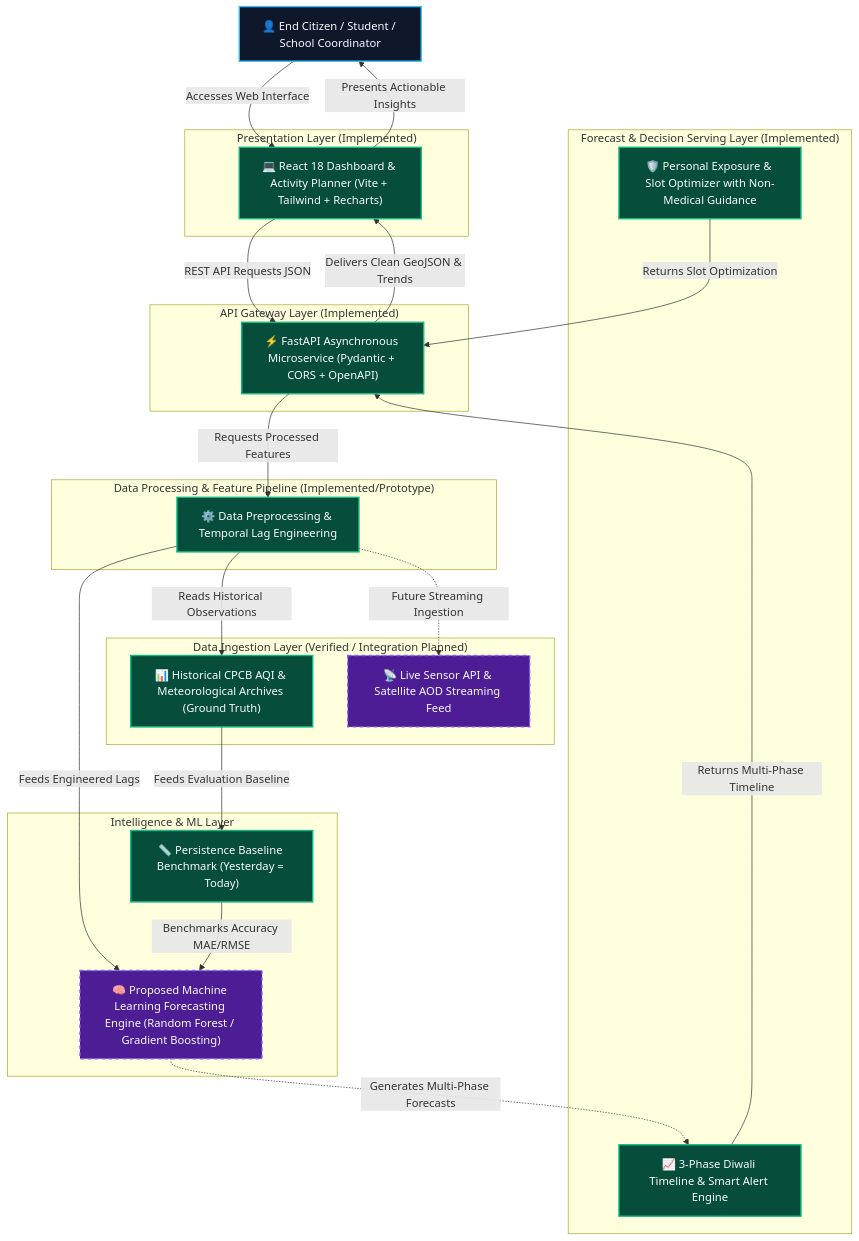
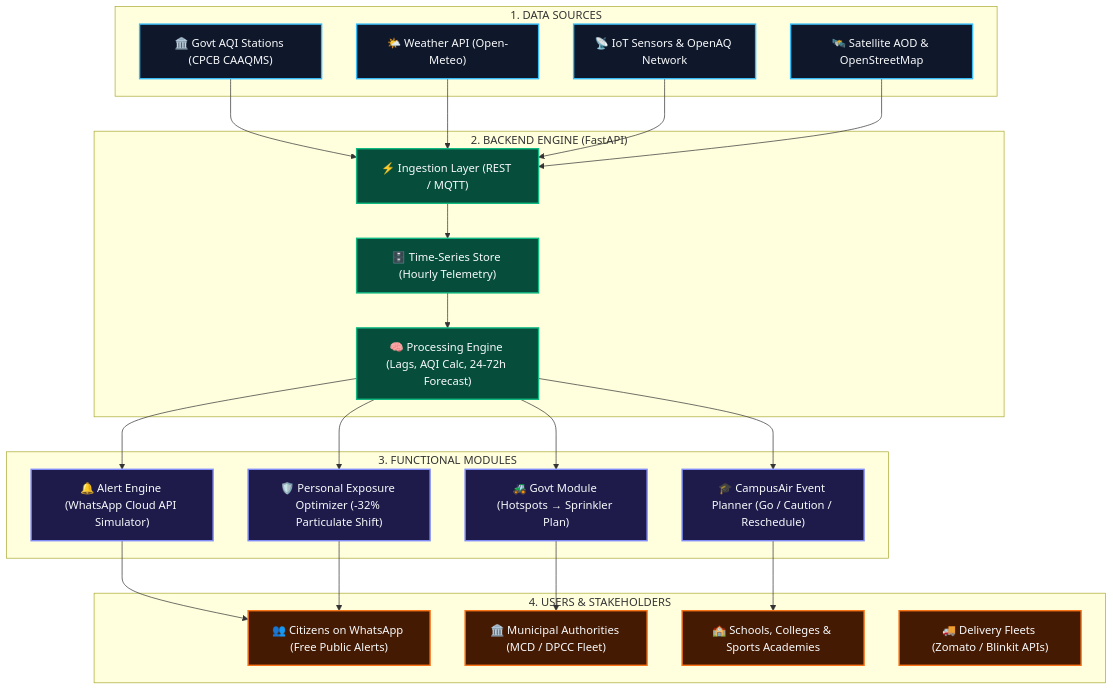
Before and after one commit to RishikaJindal23/VayuVision: the first of 2 diagrams in docs/architecture.md, drawn with Mermaid. The commit also changed other lines of this file and 19 other files, not shown here.

Commit message:
feat: VayuVision AI Round 2 MVP - 27 Delhi NCR Localities, Real Leaflet & Satellite Maps, Early Warning WhatsApp Simulator, Action Planners, and Pitch Deck

````diff
--- a/docs/architecture.md
+++ b/docs/architecture.md
@@ -5,50 +12,55 @@
 ```mermaid
 flowchart TD
-    classDef implemented fill:#064e3b,stroke:#10b981,stroke-width:2px,color:#f8fafc;
-    classDef planned fill:#4c1d95,stroke:#8b5cf6,stroke-width:2px,stroke-dasharray: 5 5,color:#f8fafc;
-    classDef userLayer fill:#0f172a,stroke:#38bdf8,stroke-width:2px,color:#f8fafc;
+    classDef dataSource fill:#0f172a,stroke:#38bdf8,stroke-width:2px,color:#f8fafc;
+    classDef backendEngine fill:#064e3b,stroke:#10b981,stroke-width:2px,color:#f8fafc;
+    classDef modules fill:#1e1b4b,stroke:#818cf8,stroke-width:2px,color:#f8fafc;
+    classDef userLayer fill:#451a03,stroke:#f97316,stroke-width:2px,color:#f8fafc;
 
-    User["👤 End Citizen / Student / School Coordinator"]:::userLayer
-
-    subgraph PresentationLayer["Presentation Layer (Implemented)"]
-        ReactDash["💻 React 18 Dashboard & Activity Planner (Vite + Tailwind + Recharts)"]:::implemented
+    subgraph DataSources["1. DATA SOURCES"]
+        GovtStations["🏛️ Govt AQI Stations (CPCB CAAQMS)"]:::dataSource
+        WeatherAPI["🌤️ Weather API (Open-Meteo)"]:::dataSource
+        IoTSensors["📡 IoT Sensors & OpenAQ Network"]:::dataSource
+        SatData["🛰️ Satellite AOD & OpenStreetMap"]:::dataSource
     end
 
-    subgraph ServiceLayer["API Gateway Layer (Implemented)"]
-        FastAPIApp["⚡ FastAPI Asynchronous Microservice (Pydantic + CORS + OpenAPI)"]:::implemented
+    subgraph Backend["2. BACKEND ENGINE (FastAPI)"]
+        Ingestion["⚡ Ingestion Layer (REST / MQTT)"]:::backendEngine
+        TimeSeriesDB["🗄️ Time-Series Store (Hourly Telemetry)"]:::backendEngine
+        ProcessingEngine["🧠 Processing Engine (Lags, AQI Calc, 24-72h Forecast)"]:::backendEngine
     end
 
-    subgraph PipelineLayer["Data Processing & Feature Pipeline (Implemented/Prototype)"]
-        DataProc["⚙️ Data Preprocessing & Temporal Lag Engineering"]:::implemented
+    subgraph Modules["3. FUNCTIONAL MODULES"]
+        AlertEngine["🔔 Alert Engine (WhatsApp Cloud API Simulator)"]:::modules
+        GovtModule["🚜 Govt Module (Hotspots → Sprinkler Plan)"]:::modules
+        CampusPlanner["🎓 CampusAir Event Planner (Go / Caution / Reschedule)"]:::modules
+        ExposurePlanner["🛡️ Personal Exposure Optimizer (-32% Particulate Shift)"]:::modules
     end
 
-    subgraph DataStorageLayer["Data Ingestion Layer (Verified / Integration Planned)"]
-        HistoricalData["📊 Historical CPCB AQI & Meteorological Archives (Ground Truth)"]:::implemented
-        LiveSensorFeed["📡 Live Sensor API & Satellite AOD Streaming Feed"]:::planned
+    subgraph Stakeholders["4. USERS & STAKEHOLDERS"]
+        Citizens["👥 Citizens on WhatsApp (Free Public Alerts)"]:::userLayer
+        GovtUsers["🏛️ Municipal Authorities (MCD / DPCC Fleet)"]:::userLayer
+        Institutions["🏫 Schools, Colleges & Sports Academies"]:::userLayer
+        LogisticsFleets["🚚 Delivery Fleets (Zomato / Blinkit APIs)"]:::userLayer
     end
 
-    subgraph IntelligenceLayer["Intelligence & ML Layer"]
-        ScikitLearnModel["🧠 Proposed Machine Learning Forecasting Engine (Random Forest / Gradient Boosting)"]:::planned
-        BaselinePersistence["📏 Persistence Baseline Benchmark (Yesterday = Today)"]:::implemented
-    end
+    %% Data Ingestion Connections
+    GovtStations --> Ingestion
+    WeatherAPI --> Ingestion
+    IoTSensors --> Ingestion
+    SatData --> Ingestion
 
-    subgraph ServingLayer["Forecast & Decision Serving Layer (Implemented)"]
-        AQIForecastEngine["📈 3-Phase Diwali Timeline & Smart Alert Engine"]:::implemented
-        ExposureEvaluator["🛡️ Personal Exposure & Slot Optimizer with Non-Medical Guidance"]:::implemented
-    end
+    Ingestion --> TimeSeriesDB
+    TimeSeriesDB --> ProcessingEngine
 
-    %% Flow Connections
-    User -->|Accesses Web Interface| ReactDash
-    ReactDash -->|REST API Requests JSON| FastAPIApp
-    FastAPIApp -->|Requests Processed Features| DataProc
-    DataProc -->|Reads Historical Observations| HistoricalData
-    DataProc -.->|Future Streaming Ingestion| LiveSensorFeed
-    DataProc -->|Feeds Engineered Lags| ScikitLearnModel
-    HistoricalData -->|Feeds Evaluation Baseline| BaselinePersistence
-    ScikitLearnModel -.->|Generates Multi-Phase Forecasts| AQIForecastEngine
-    BaselinePersistence -->|Benchmarks Accuracy MAE/RMSE| ScikitLearnModel
-    AQIForecastEngine -->|Returns Multi-Phase Timeline| FastAPIApp
-    ExposureEvaluator -->|Returns Slot Optimization| FastAPIApp
-    FastAPIApp -->|Delivers Clean GeoJSON & Trends| ReactDash
-    ReactDash -->|Presents Actionable Insights| User
+    %% Module Dispatch Connections
+    ProcessingEngine --> AlertEngine
+    ProcessingEngine --> GovtModule
+    ProcessingEngine --> CampusPlanner
+    ProcessingEngine --> ExposurePlanner
+
+    %% User Facing Connections
+    AlertEngine --> Citizens
+    GovtModule --> GovtUsers
+    CampusPlanner --> Institutions
+    ExposurePlanner --> Citizens
 ```
````
